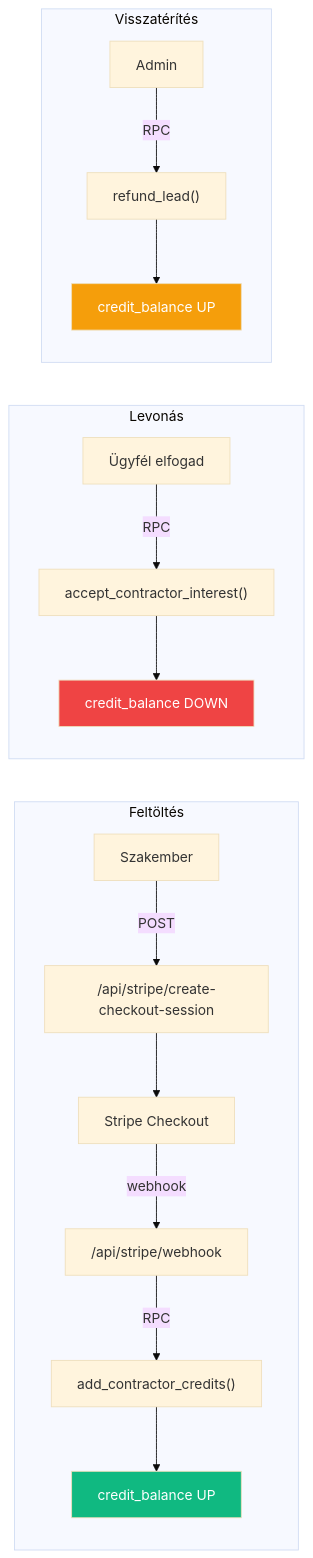
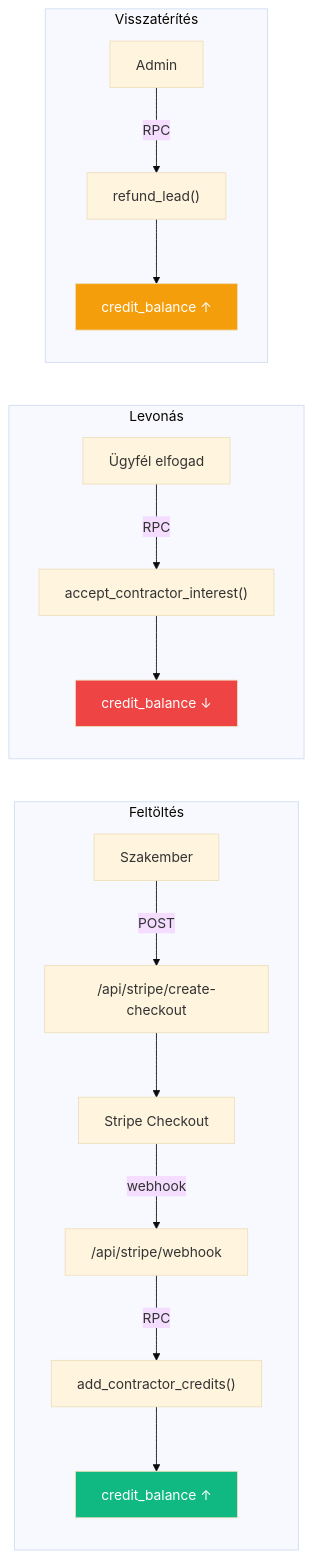
One commit to Yxonyx/vizvillanyfutes2 changed the third of 4 diagrams in README.md. Above: the diagram before and after it, drawn with Mermaid (base theme). The commit also changed other lines of this file and 22 other files, not shown here.

````diff
--- a/README.md
+++ b/README.md
@@ -158,24 +163,24 @@
 ```mermaid
 flowchart LR
     subgraph "Feltöltés"
-        A["Szakember"] -->|POST| B["/api/stripe/create-checkout-session"]
+        A["Szakember"] -->|POST| B["/api/stripe/create-checkout"]
         B --> C["Stripe Checkout"]
         C -->|webhook| D["/api/stripe/webhook"]
         D -->|RPC| E["add_contractor_credits()"]
-        E --> F["credit_balance UP"]
+        E --> F["credit_balance ↑"]
     end
 
     subgraph "Levonás"
         G["Ügyfél elfogad"] -->|RPC| H["accept_contractor_interest()"]
-        H --> I["credit_balance DOWN"]
+        H --> I["credit_balance ↓"]
     end
 
     subgraph "Visszatérítés"
         J["Admin"] -->|RPC| K["refund_lead()"]
-        K --> L["credit_balance UP"]
+        K --> L["credit_balance ↑"]
     end
 
     style F fill:#10b981,color:#fff
     style I fill:#ef4444,color:#fff
     style L fill:#f59e0b,color:#fff
 ```
````
